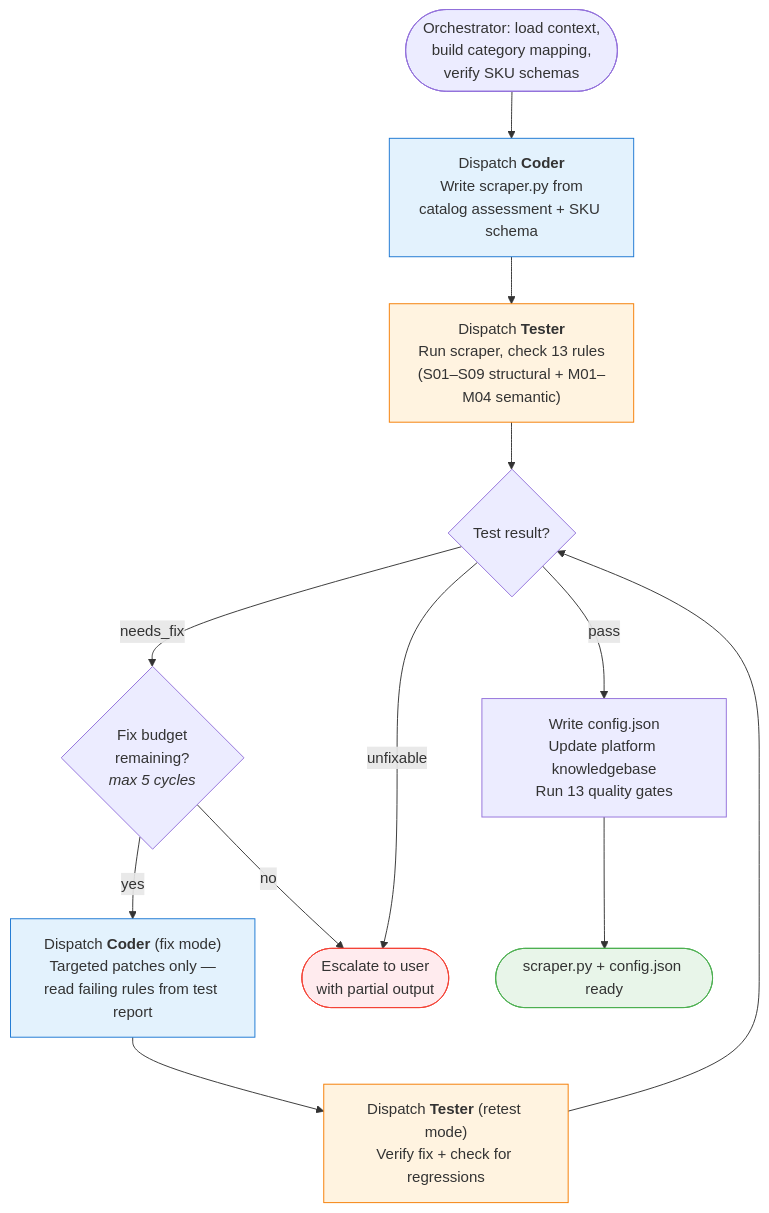
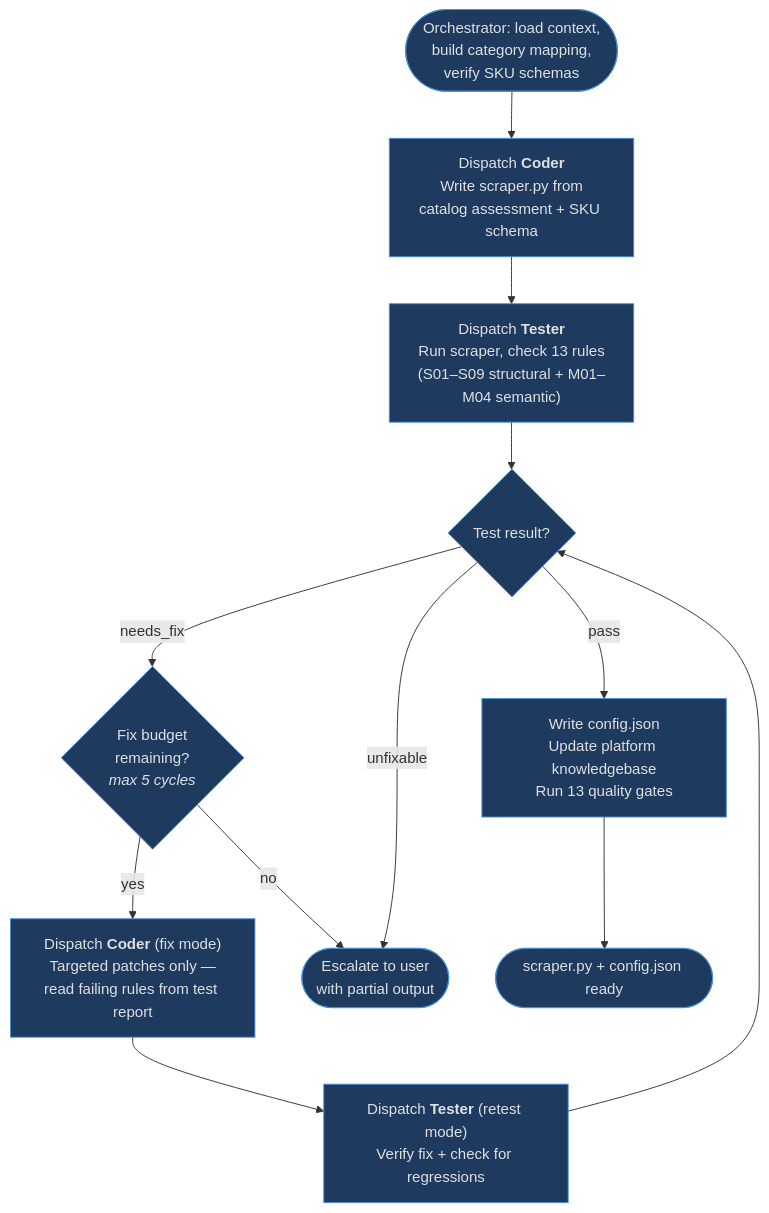
One commit to oginskis/dark-factory changed the third of 3 diagrams in README.md. Above: the diagram before and after it, drawn with Mermaid. The commit also changed other lines of this file and 4 other files, not shown here.

First line of the commit message:
Uniform dark-mode colors for all Mermaid diagrams, coder unit-parsing hardening

````diff
--- a/README.md
+++ b/README.md
@@ -67,22 +65,16 @@
 ```mermaid
 flowchart TD
     START(["Orchestrator: load context,<br/>build category mapping,<br/>verify SKU schemas"])
     START --> CODER["Dispatch <b>Coder</b><br/>Write scraper.py from<br/>catalog assessment + SKU schema"]
     CODER --> TESTER["Dispatch <b>Tester</b><br/>Run scraper, check 13 rules<br/>(S01–S09 structural + M01–M04 semantic)"]
     TESTER --> RESULT{"Test result?"}
     RESULT -->|pass| DONE["Write config.json<br/>Update platform knowledgebase<br/>Run 13 quality gates"]
     RESULT -->|needs_fix| BUDGET{"Fix budget<br/>remaining?<br/><i>max 5 cycles</i>"}
     BUDGET -->|yes| FIX["Dispatch <b>Coder</b> (fix mode)<br/>Targeted patches only —<br/>read failing rules from test report"]
     FIX --> RETEST["Dispatch <b>Tester</b> (retest mode)<br/>Verify fix + check for regressions"]
     RETEST --> RESULT
     BUDGET -->|no| STOP(["Escalate to user<br/>with partial output"])
     RESULT -->|unfixable| STOP
     DONE --> COMPLETE(["scraper.py + config.json ready"])
-
-    style CODER fill:#e3f2fd,stroke:#1976D2
-    style TESTER fill:#fff3e0,stroke:#F57C00
-    style FIX fill:#e3f2fd,stroke:#1976D2
-    style RETEST fill:#fff3e0,stroke:#F57C00
-    style COMPLETE fill:#e8f5e9,stroke:#4CAF50
-    style STOP fill:#ffebee,stroke:#f44336
+    classDef default fill:#1e3a5f,stroke:#4a90d9,color:#e0e0e0
 ```
````
